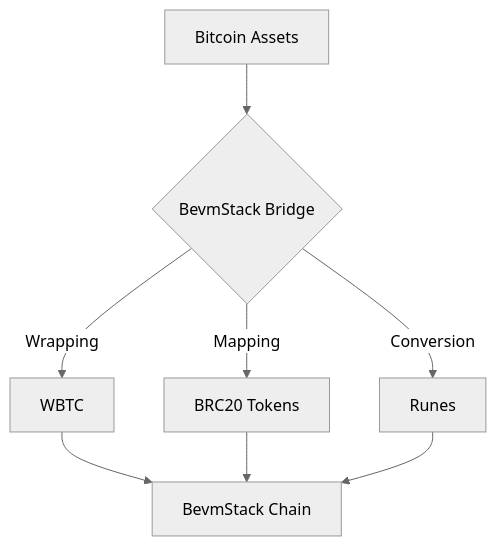
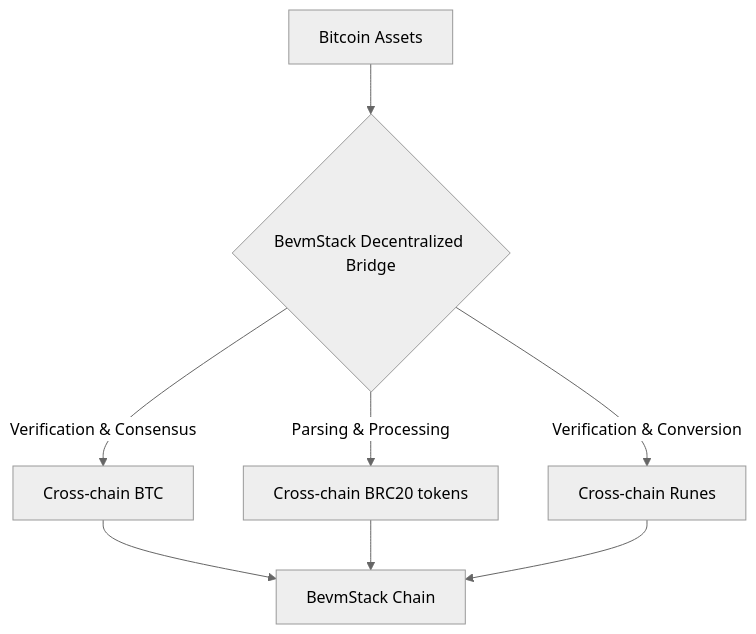
Before and after one commit to btclayer2/BEVM-Stack: the seventh of 8 diagrams in README.md, drawn with Mermaid (neutral theme). The commit also changed other lines of this file, not shown here.

````diff
--- a/README.md
+++ b/README.md
@@ -208,10 +209,10 @@
 ```mermaid
 graph TB
-  A[Bitcoin Assets] --> B{BevmStack Bridge}
-  B --> |Wrapping| C[WBTC]
-  B --> |Mapping| D[BRC20 Tokens]
-  B --> |Conversion| E[Runes]
+  A[Bitcoin Assets] --> B{BevmStack Decentralized Bridge}
+  B --> |Verification & Consensus| C[Cross-chain BTC]
+  B --> |Parsing & Processing| D[Cross-chain BRC20 tokens]
+  B --> |Verification & Conversion| E[Cross-chain Runes]
   C --> F[BevmStack Chain]
   D --> F
   E --> F
 ```
````
